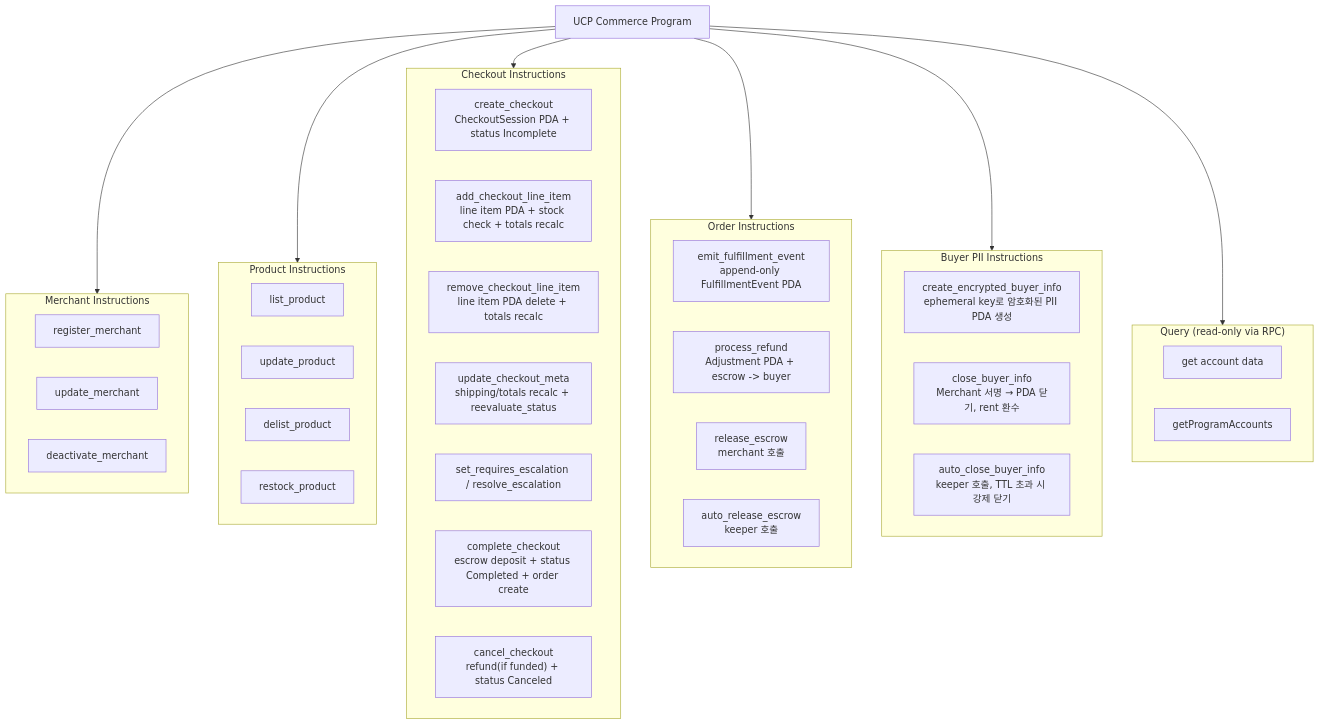
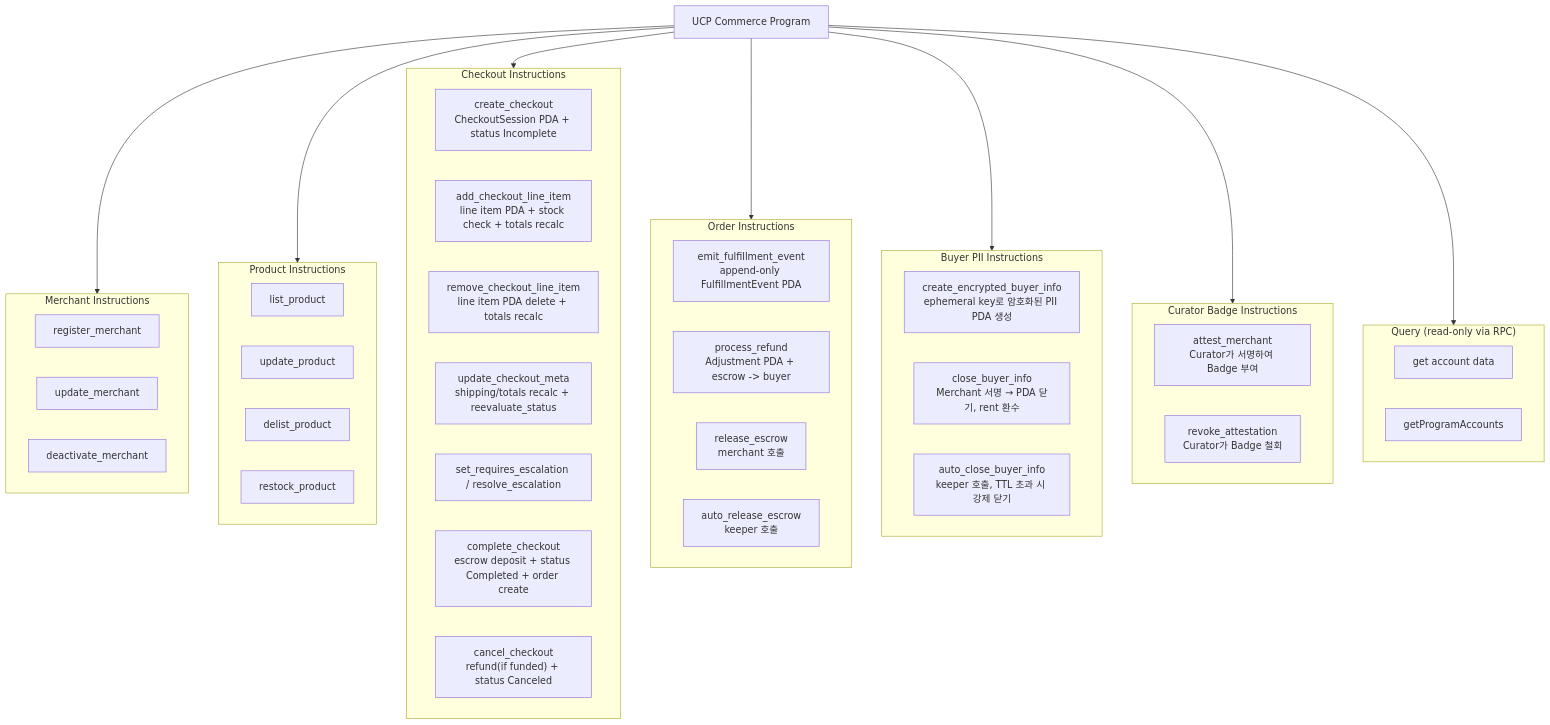
One commit to hayden-02055/interlude changed the first of 4 diagrams in docs/05-solana-program.md. Above: the diagram before and after it, drawn with Mermaid. The commit also changed other lines of this file and 9 other files, not shown here.

````diff
--- a/docs/05-solana-program.md
+++ b/docs/05-solana-program.md
@@ -477,52 +508,58 @@
 ```mermaid
 flowchart TB
   CORE["UCP Commerce Program"]
 
   subgraph MER["Merchant Instructions"]
     MER1["register_merchant"]
     MER2["update_merchant"]
     MER3["deactivate_merchant"]
   end
 
   subgraph PRD["Product Instructions"]
     PRD1["list_product"]
     PRD2["update_product"]
     PRD3["delist_product"]
     PRD4["restock_product"]
   end
 
   subgraph CHK["Checkout Instructions"]
     CHK1["create_checkout<br/>CheckoutSession PDA + status Incomplete"]
     CHK2["add_checkout_line_item<br/>line item PDA + stock check + totals recalc"]
     CHK3["remove_checkout_line_item<br/>line item PDA delete + totals recalc"]
     CHK4["update_checkout_meta<br/>shipping/totals recalc + reevaluate_status"]
     CHK5["set_requires_escalation / resolve_escalation"]
     CHK6["complete_checkout<br/>escrow deposit + status Completed + order create"]
     CHK7["cancel_checkout<br/>refund(if funded) + status Canceled"]
   end
 
   subgraph ORD["Order Instructions"]
     ORD1["emit_fulfillment_event<br/>append-only FulfillmentEvent PDA"]
     ORD2["process_refund<br/>Adjustment PDA + escrow -> buyer"]
     ORD3["release_escrow<br/>merchant 호출"]
     ORD4["auto_release_escrow<br/>keeper 호출"]
   end
 
   subgraph PII["Buyer PII Instructions"]
     PII1["create_encrypted_buyer_info<br/>ephemeral key로 암호화된 PII PDA 생성"]
     PII2["close_buyer_info<br/>Merchant 서명 → PDA 닫기, rent 환수"]
     PII3["auto_close_buyer_info<br/>keeper 호출, TTL 초과 시 강제 닫기"]
   end
 
+  subgraph ATT["Curator Badge Instructions"]
+    ATT1["attest_merchant<br/>Curator가 서명하여 Badge 부여"]
+    ATT2["revoke_attestation<br/>Curator가 Badge 철회"]
+  end
+
   subgraph QRY["Query (read-only via RPC)"]
     Q1["get account data"]
     Q2["getProgramAccounts"]
   end
 
   CORE --> MER
   CORE --> PRD
   CORE --> CHK
   CORE --> ORD
   CORE --> PII
+  CORE --> ATT
   CORE --> QRY
 ```
````
